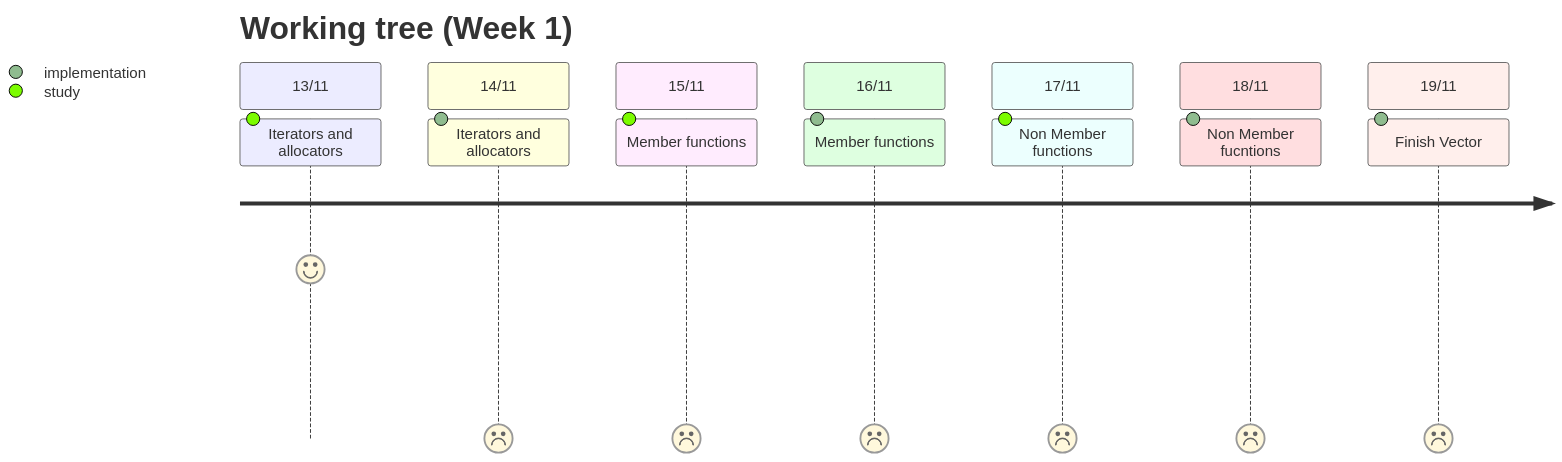
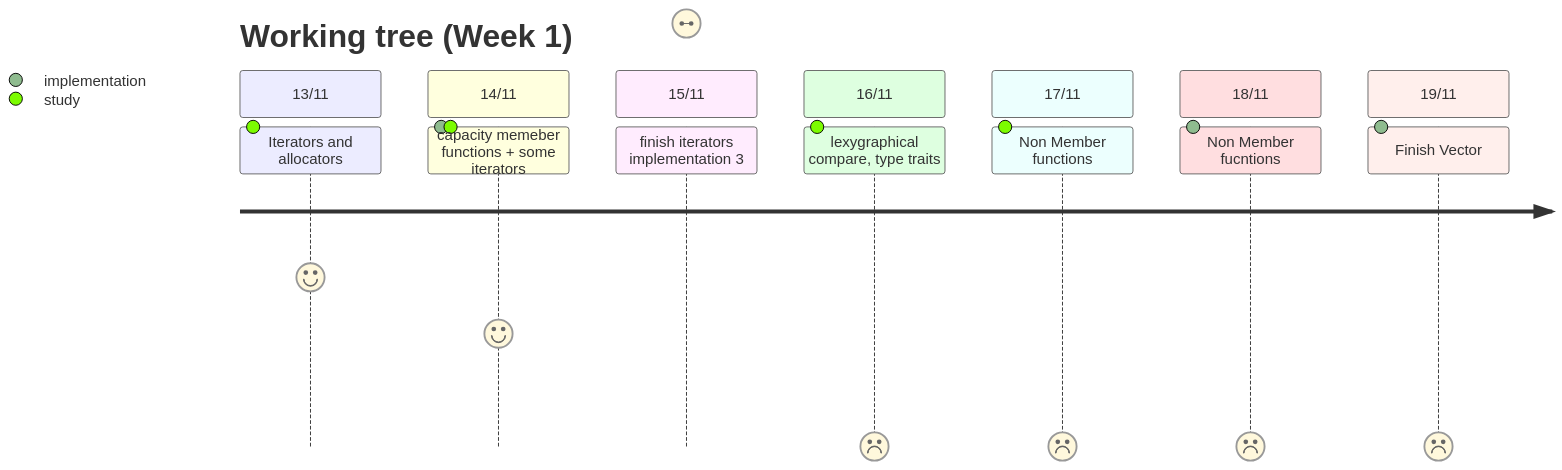
The diagram in README.md (sarahmss/Ft_containers), drawn with Mermaid before and after one commit.

````diff
--- a/README.md
+++ b/README.md
@@ -51,19 +51,19 @@
 ```mermaid
 
 journey
     title Working tree (Week 1)
     section 13/11
       Iterators and allocators: 6: study
     section 14/11
-      Iterators and allocators: 0: implementation
+      capacity memeber functions + some iterators: 4: implementation, study
     section 15/11
-      Member functions: 0: study 
+      finish iterators implementation 3: implementation 
     section 16/11
-      Member functions: 0: implementation
+      lexygraphical compare, type traits: 0: study
     section 17/11
       Non Member functions: 0: study
     section 18/11
       Non Member fucntions: 0: implementation 
     section 19/11
       Finish Vector: 0: implementation
 ```
````
